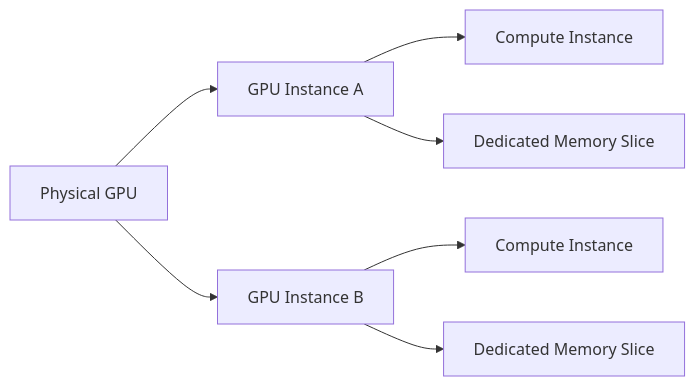
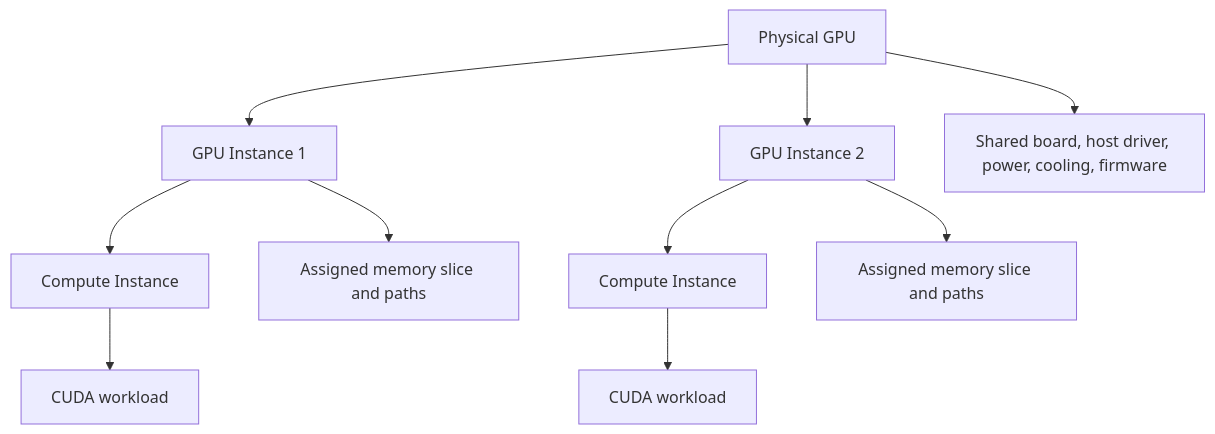
The diagram in docs/nvidia-zero-to-hero/volume-11/chapter-02-mig-architecture-and-isolation.md (jithinpnjm/nvidia-devops), drawn with Mermaid before and after one commit. The commit also changed other lines of this file and 4 other files, not shown here.

````diff
--- a/docs/nvidia-zero-to-hero/volume-11/chapter-02-mig-architecture-and-isolation.md
+++ b/docs/nvidia-zero-to-hero/volume-11/chapter-02-mig-architecture-and-isolation.md
@@ -18,17 +22,12 @@
 ```mermaid
-flowchart LR
-    GPU[Physical GPU]
-    GI1[GPU Instance A]
-    GI2[GPU Instance B]
-    CI1[Compute Instance]
-    CI2[Compute Instance]
-    Mem1[Dedicated Memory Slice]
-    Mem2[Dedicated Memory Slice]
-
-    GPU --> GI1
-    GPU --> GI2
-    GI1 --> CI1
-    GI1 --> Mem1
-    GI2 --> CI2
-    GI2 --> Mem2
+flowchart TB
+    P[Physical GPU] --> GI1[GPU Instance 1]
+    P --> GI2[GPU Instance 2]
+    GI1 --> CI11[Compute Instance]
+    GI2 --> CI21[Compute Instance]
+    GI1 --> M1[Assigned memory slice and paths]
+    GI2 --> M2[Assigned memory slice and paths]
+    CI11 --> W1[CUDA workload]
+    CI21 --> W2[CUDA workload]
+    P --> X[Shared board, host driver, power, cooling, firmware]
 ```
````
